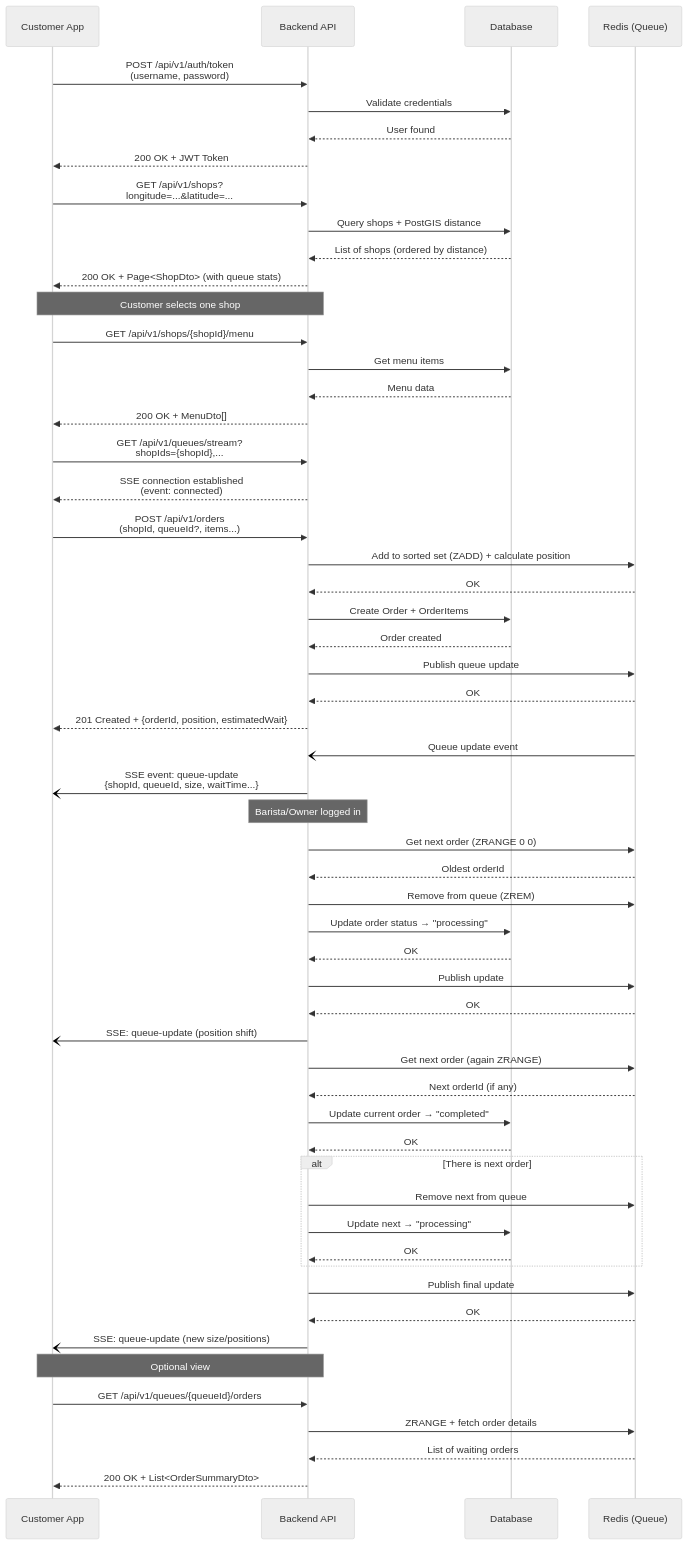
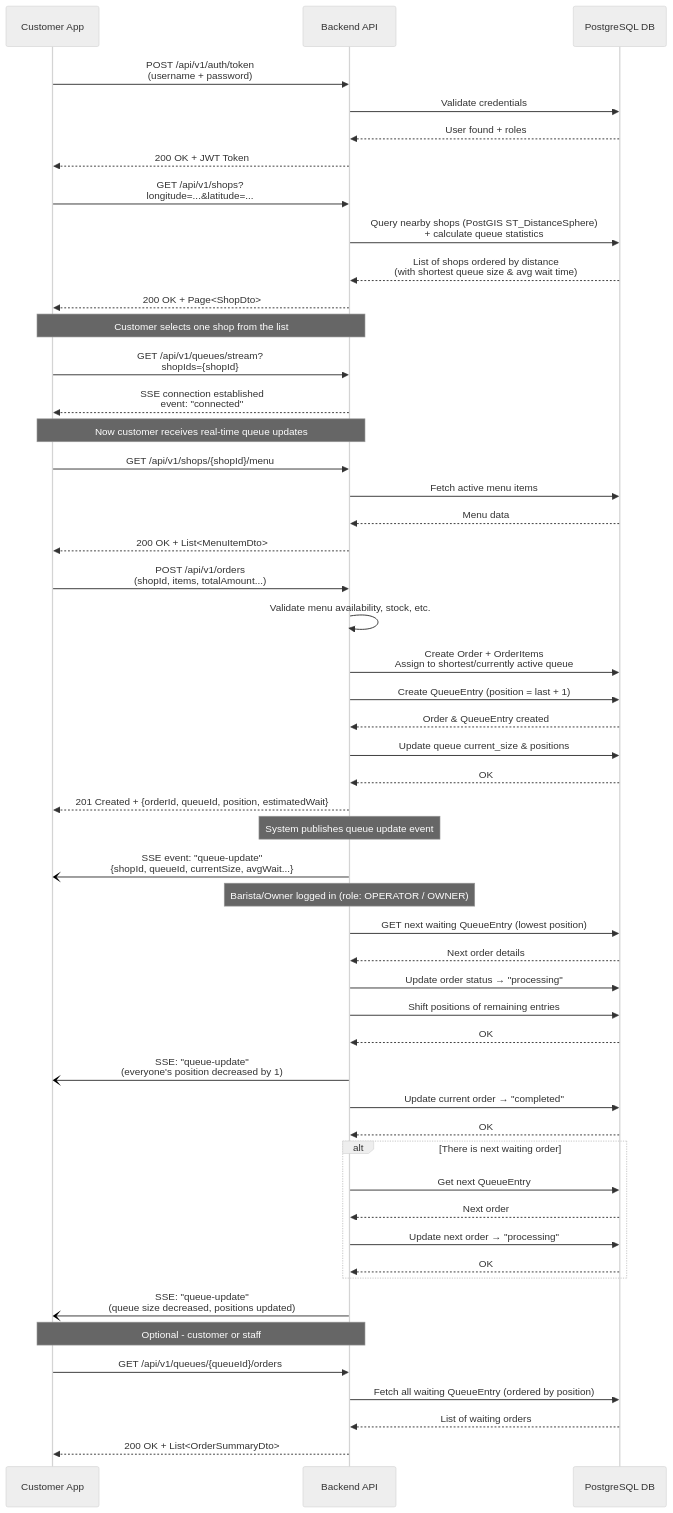
Before and after one commit to Toanbui97/coffe-shop: the diagram in README.md, drawn with Mermaid (neutral theme).

````diff
--- a/README.md
+++ b/README.md
@@ -84,75 +84,72 @@
 ```mermaid
 sequenceDiagram
     participant C as Customer App
     participant B as Backend API
-    participant DB as Database
-    participant Redis as Redis (Queue)
+    participant DB as PostgreSQL DB
 
     %% 1. Login
-    C->>B: POST /api/v1/auth/token<br>(username, password)
+    C->>B: POST /api/v1/auth/token<br>(username + password)
     B->>DB: Validate credentials
-    DB-->>B: User found
+    DB-->>B: User found + roles
     B-->>C: 200 OK + JWT Token
 
-    %% 2. Search nearest shops
+    %% 2. Search closest shops
     C->>B: GET /api/v1/shops?<br>longitude=...&latitude=...
-    B->>DB: Query shops + PostGIS distance
-    DB-->>B: List of shops (ordered by distance)
-    B-->>C: 200 OK + Page<ShopDto> (with queue stats)
+    B->>DB: Query nearby shops (PostGIS ST_DistanceSphere)<br>+ calculate queue statistics
+    DB-->>B: List of shops ordered by distance<br>(with shortest queue size & avg wait time)
+    B-->>C: 200 OK + Page<ShopDto>
 
-    %% 3. Choose shop → get menu + subscribe SSE
-    Note over C,B: Customer selects one shop
+    %% 3. Choose shop → subscribe SSE first → then get menu
+    Note over C,B: Customer selects one shop from the list
+    C->>B: GET /api/v1/queues/stream?<br>shopIds={shopId}
+    B-->>C: SSE connection established<br>event: "connected"
+
+    Note over C,B: Now customer receives real-time queue updates
+
     C->>B: GET /api/v1/shops/{shopId}/menu
-    B->>DB: Get menu items
+    B->>DB: Fetch active menu items
     DB-->>B: Menu data
-    B-->>C: 200 OK + MenuDto[]
-
-    C->>B: GET /api/v1/queues/stream?<br>shopIds={shopId},...
-    B-->>C: SSE connection established<br>(event: connected)
+    B-->>C: 200 OK + List<MenuItemDto>
 
     %% 4. Place order
-    C->>B: POST /api/v1/orders<br>(shopId, queueId?, items...)
-    B->>Redis: Add to sorted set (ZADD) + calculate position
-    Redis-->>B: OK
-    B->>DB: Create Order + OrderItems
-    DB-->>B: Order created
-    B->>Redis: Publish queue update
-    Redis-->>B: OK
-    B-->>C: 201 Created + {orderId, position, estimatedWait}
+    C->>B: POST /api/v1/orders<br>(shopId, items, totalAmount...)
+    B->>B: Validate menu availability, stock, etc.
+    B->>DB: Create Order + OrderItems<br>Assign to shortest/currently active queue
+    B->>DB: Create QueueEntry (position = last + 1)
+    DB-->>B: Order & QueueEntry created
+    B->>DB: Update queue current_size & positions
+    DB-->>B: OK
+    B-->>C: 201 Created + {orderId, queueId, position, estimatedWait}
 
-    %% SSE push to all subscribers
-    Redis-)B: Queue update event
-    B-)C: SSE event: queue-update<br>{shopId, queueId, size, waitTime...}
+    Note over B: System publishes queue update event
+    B-)C: SSE event: "queue-update"<br>{shopId, queueId, currentSize, avgWait...}
 
     %% 5. Barista/Owner starts processing
-    Note over B: Barista/Owner logged in
-    B->>Redis: Get next order (ZRANGE 0 0)
-    Redis-->>B: Oldest orderId
-    B->>Redis: Remove from queue (ZREM)
+    Note over B: Barista/Owner logged in (role: OPERATOR / OWNER)
+    B->>DB: GET next waiting QueueEntry (lowest position)
+    DB-->>B: Next order details
     B->>DB: Update order status → "processing"
+    B->>DB: Shift positions of remaining entries
     DB-->>B: OK
-    B->>Redis: Publish update
-    Redis-->>B: OK
-    B-)C: SSE: queue-update (position shift)
+    B-)C: SSE: "queue-update"<br>(everyone's position decreased by 1)
 
     %% 6. Complete order & serve next
-    B->>Redis: Get next order (again ZRANGE)
-    Redis-->>B: Next orderId (if any)
     B->>DB: Update current order → "completed"
     DB-->>B: OK
-    alt There is next order
-        B->>Redis: Remove next from queue
-        B->>DB: Update next → "processing"
+
+    alt There is next waiting order
+        B->>DB: Get next QueueEntry
+        DB-->>B: Next order
+        B->>DB: Update next order → "processing"
         DB-->>B: OK
     end
-    B->>Redis: Publish final update
-    Redis-->>B: OK
-    B-)C: SSE: queue-update (new size/positions)
+
+    B-)C: SSE: "queue-update"<br>(queue size decreased, positions updated)
 
     %% Optional: View waiting orders in queue
-    Note over C,B: Optional view
+    Note over C,B: Optional - customer or staff
     C->>B: GET /api/v1/queues/{queueId}/orders
-    B->>Redis: ZRANGE + fetch order details
-    Redis-->>B: List of waiting orders
+    B->>DB: Fetch all waiting QueueEntry (ordered by position)
+    DB-->>B: List of waiting orders
     B-->>C: 200 OK + List<OrderSummaryDto>
 ```
````
